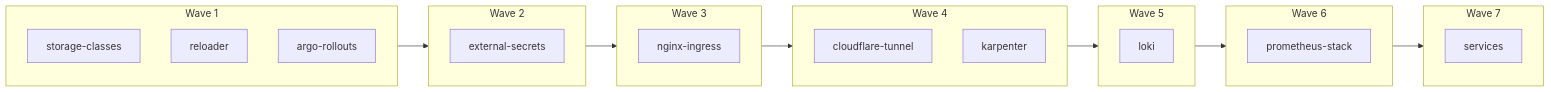
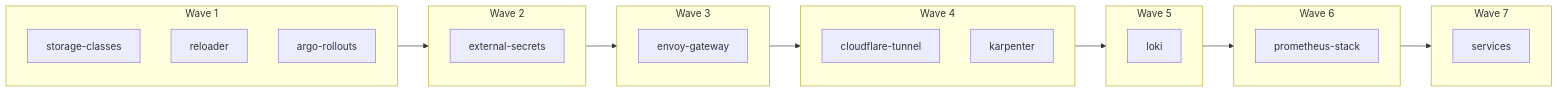
The fourth of 5 diagrams in docs/architecture.md (AmbientWare/lazycloud), drawn with Mermaid before and after one commit. The commit also changed other lines of this file and 33 other files, not shown here.

Commit message:
INFRA: migrate from ingress-nginx to envoy gateway

````diff
--- a/docs/architecture.md
+++ b/docs/architecture.md
@@ -96,35 +96,35 @@
 ```mermaid
 flowchart LR
     subgraph Wave1[Wave 1]
         SC[storage-classes]
         R[reloader]
         AR[argo-rollouts]
     end
 
     subgraph Wave2[Wave 2]
         ES[external-secrets]
     end
 
     subgraph Wave3[Wave 3]
-        NG[nginx-ingress]
+        EG[envoy-gateway]
     end
 
     subgraph Wave4[Wave 4]
         CF[cloudflare-tunnel]
         KP[karpenter]
     end
 
     subgraph Wave5[Wave 5]
         LK[loki]
     end
 
     subgraph Wave6[Wave 6]
         PM[prometheus-stack]
     end
 
     subgraph Wave7[Wave 7]
         SVC[services]
     end
 
     Wave1 --> Wave2 --> Wave3 --> Wave4 --> Wave5 --> Wave6 --> Wave7
 ```
````
